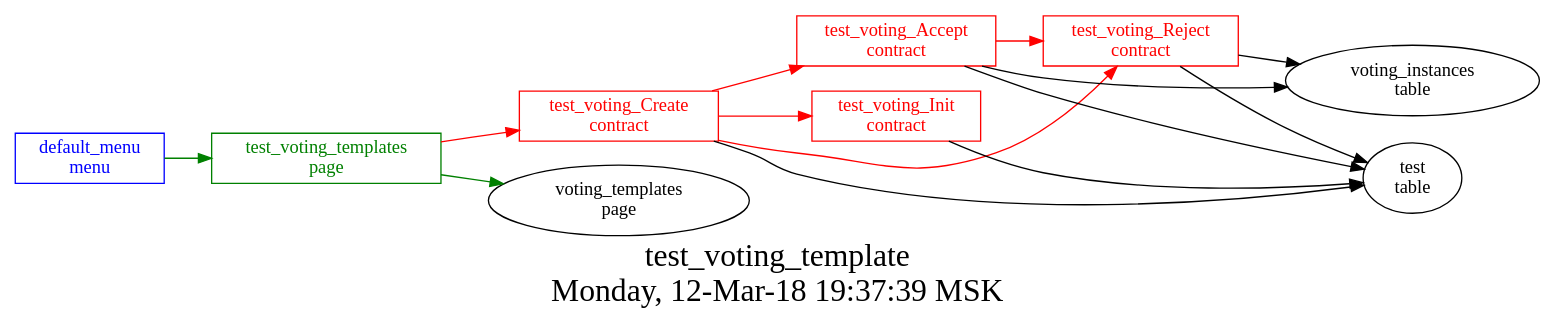
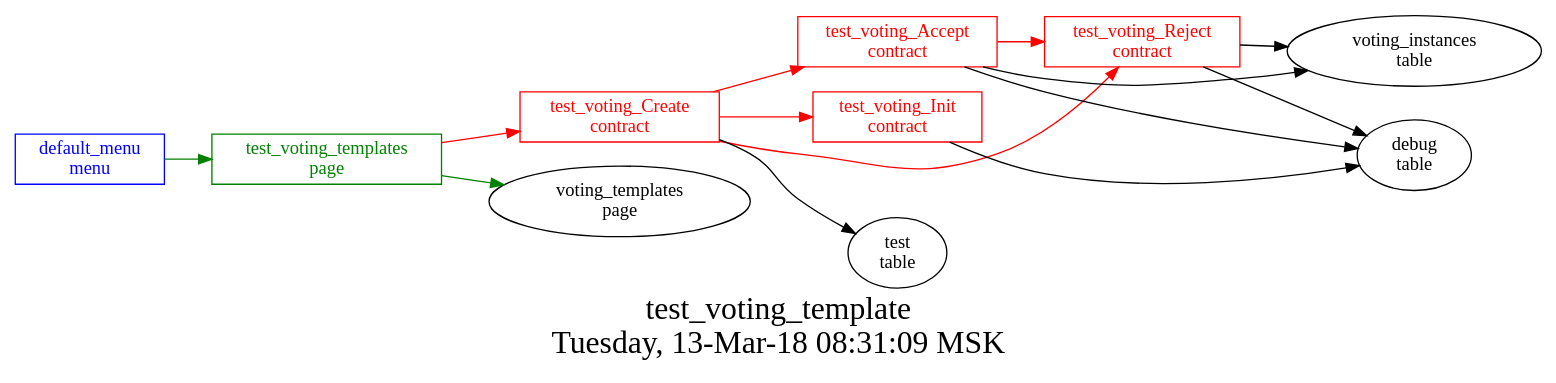
The diagram in src/basic/basic_main/test_voting_templates/struct.dot (AplaProject/apps), drawn with Graphviz before and after one commit. The commit also changed 8 other files, not shown here.

```diff
--- a/src/basic/basic_main/test_voting_templates/struct.dot
+++ b/src/basic/basic_main/test_voting_templates/struct.dot
@@ -1,30 +1,30 @@
 digraph G {
 graph [
   fontsize="24";
-  label="test_voting_template\nMonday, 12-Mar-18 19:37:39 MSK";
+  label="test_voting_template\nTuesday, 13-Mar-18 08:31:09 MSK";
   nojustify=true;
   ordering=out;
   rankdir=LR;
   size="30";
 ];
 "default_menu\nmenu" -> "test_voting_templates\npage"  [ color=green ]
 "default_menu\nmenu" [color=blue, fontcolor=blue, group=menus, shape=record];
 "test_voting_templates\npage" -> "test_voting_Create\ncontract"  [ color=red ]
 "test_voting_templates\npage" -> "voting_templates\npage"  [ color=green ]
 "test_voting_templates\npage" [color=green, fontcolor=green, group=pages, shape=record];
 "test_voting_Accept\ncontract" -> "test_voting_Reject\ncontract"  [ color=red ]
 "test_voting_Accept\ncontract" -> "voting_instances\ntable"  [ color="" ]
-"test_voting_Accept\ncontract" -> "test\ntable"  [ color="" ]
+"test_voting_Accept\ncontract" -> "debug\ntable"  [ color="" ]
 "test_voting_Accept\ncontract" [color=red, fontcolor=red, group=contracts, shape=record];
 "test_voting_Create\ncontract" -> "test_voting_Accept\ncontract"  [ color=red ]
 "test_voting_Create\ncontract" -> "test_voting_Init\ncontract"  [ color=red ]
 "test_voting_Create\ncontract" -> "test_voting_Reject\ncontract"  [ color=red ]
 "test_voting_Create\ncontract" -> "test\ntable"  [ color="" ]
 "test_voting_Create\ncontract" [color=red, fontcolor=red, group=contracts, shape=record];
-"test_voting_Init\ncontract" -> "test\ntable"  [ color="" ]
+"test_voting_Init\ncontract" -> "debug\ntable"  [ color="" ]
 "test_voting_Init\ncontract" [color=red, fontcolor=red, group=contracts, shape=record];
 "test_voting_Reject\ncontract" -> "voting_instances\ntable"  [ color="" ]
-"test_voting_Reject\ncontract" -> "test\ntable"  [ color="" ]
+"test_voting_Reject\ncontract" -> "debug\ntable"  [ color="" ]
 "test_voting_Reject\ncontract" [color=red, fontcolor=red, group=contracts, shape=record];
 "test\ntable" [color="", fontcolor="", group=tables, shape=""];
 }
```
